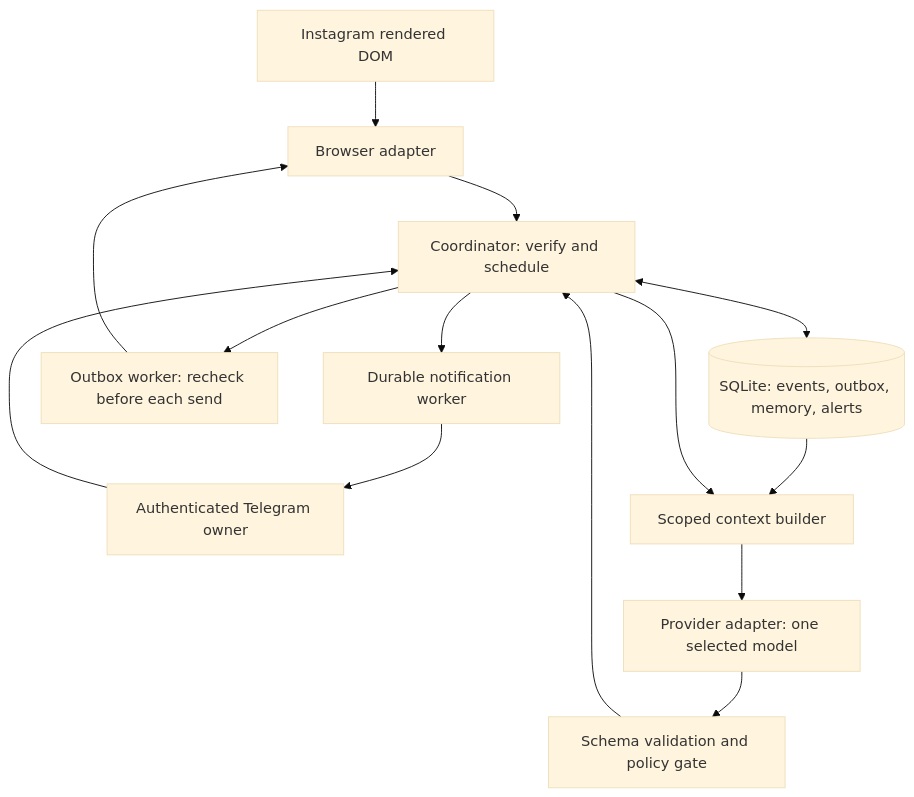
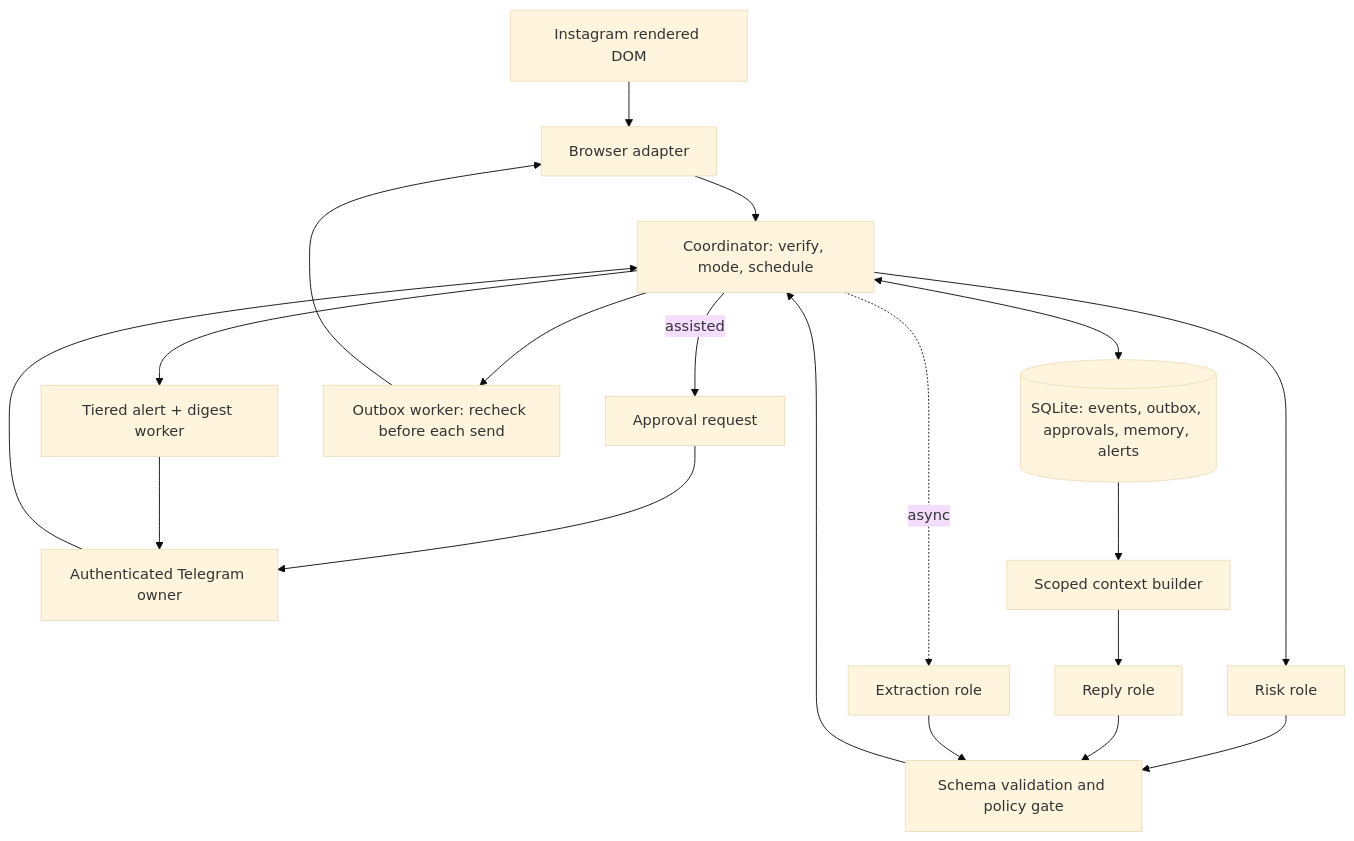
One commit to prakashdole/Shadow changed the diagram in plan/architecture.md. Above: the diagram before and after it, drawn with Mermaid (base theme). The commit also changed other lines of this file and 3 other files, not shown here.

Commit message:
docs(plan): v2.1 review amendments - staged modes, split risk role, presence, alert tiers, scope cut

````diff
--- a/plan/architecture.md
+++ b/plan/architecture.md
@@ -9,16 +9,21 @@
 ```mermaid
 flowchart TD
     IG[Instagram rendered DOM] --> B[Browser adapter]
-    B --> C[Coordinator: verify and schedule]
+    B --> C[Coordinator: verify, mode, schedule]
     T[Authenticated Telegram owner] --> C
-    C <--> DB[(SQLite: events, outbox, memory, alerts)]
+    C <--> DB[(SQLite: events, outbox, approvals, memory, alerts)]
     DB --> X[Scoped context builder]
-    C --> X
-    X --> G[Provider adapter: one selected model]
-    G --> V[Schema validation and policy gate]
+    C --> R[Risk role]
+    X --> G[Reply role]
+    C -.async.-> E[Extraction role]
+    R --> V[Schema validation and policy gate]
+    G --> V
+    E --> V
     V --> C
+    C -->|assisted| A[Approval request]
+    A --> T
     C --> S[Outbox worker: recheck before each send]
     S --> B
-    C --> N[Durable notification worker]
+    C --> N[Tiered alert + digest worker]
     N --> T
 ```
````
